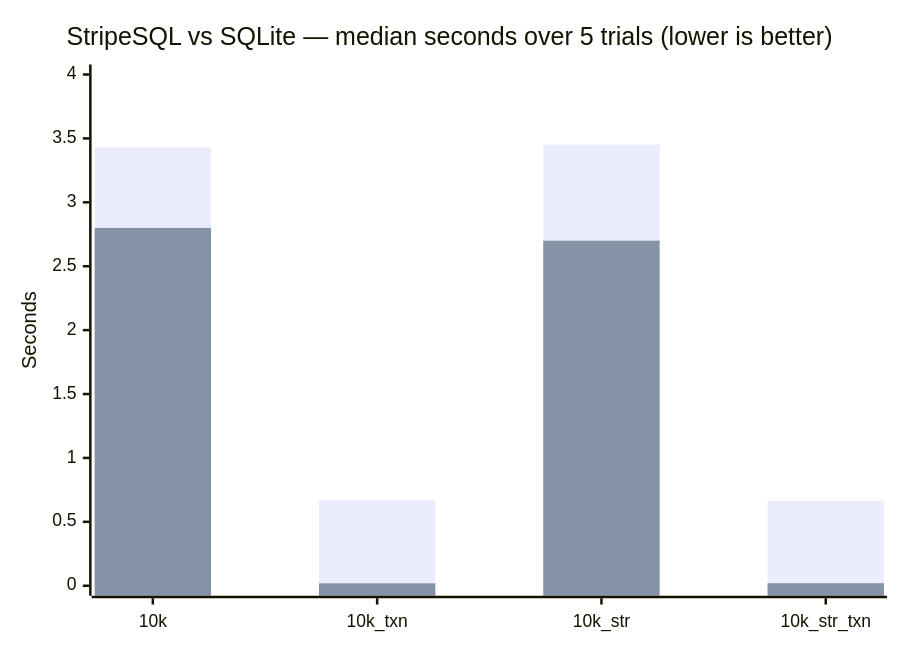
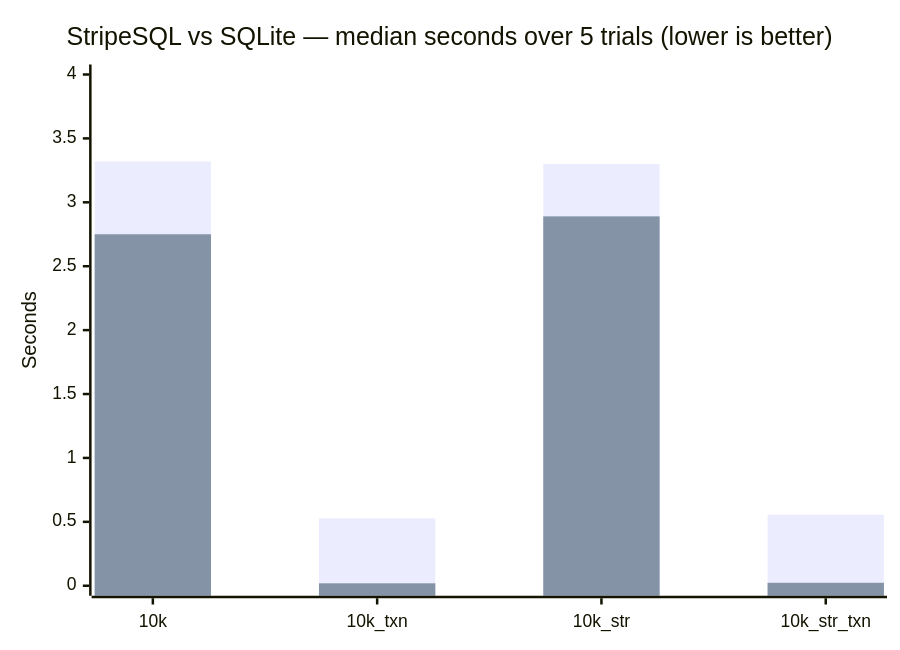
The diagram in README.md (ekothavale/StripeSQL), drawn with Mermaid before and after one commit. The commit also changed other lines of this file and 1 other file, not shown here.

Commit message:
improve performance by loading schema only at the start of a session or after a DDL statment as opposed to on every query/statement

````diff
--- a/README.md
+++ b/README.md
@@ -342,8 +344,8 @@
 ```mermaid
 xychart-beta
     title "StripeSQL vs SQLite — median seconds over 5 trials (lower is better)"
     x-axis ["10k", "10k_txn", "10k_str", "10k_str_txn"]
     y-axis "Seconds" 0 --> 4
-    bar "StripeSQL" [3.43, 0.672, 3.45, 0.664]
-    bar "SQLite" [2.80, 0.019, 2.70, 0.020]
+    bar "StripeSQL" [3.32, 0.528, 3.30, 0.556]
+    bar "SQLite" [2.75, 0.019, 2.89, 0.023]
 ```
````
